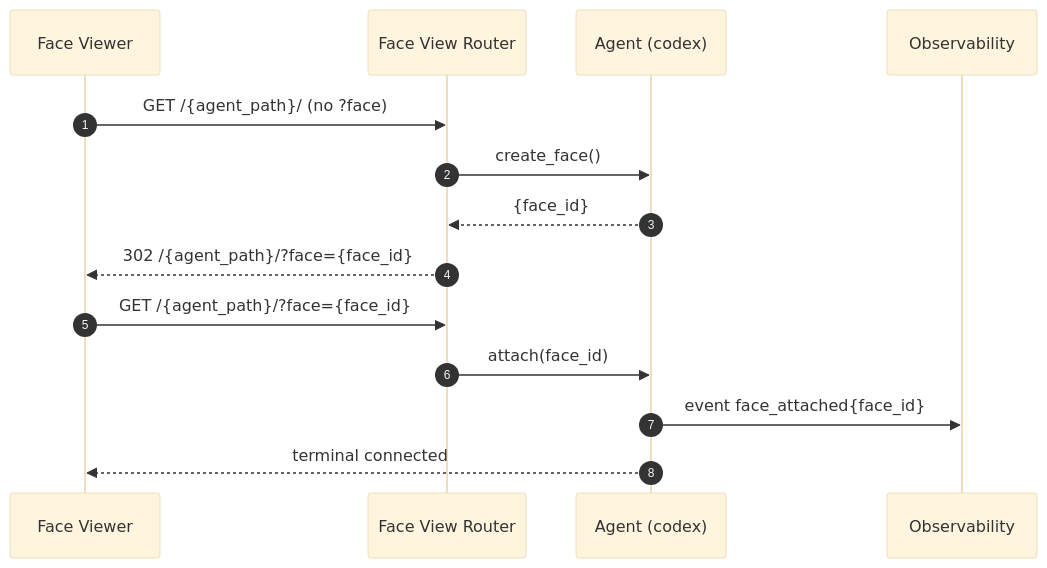
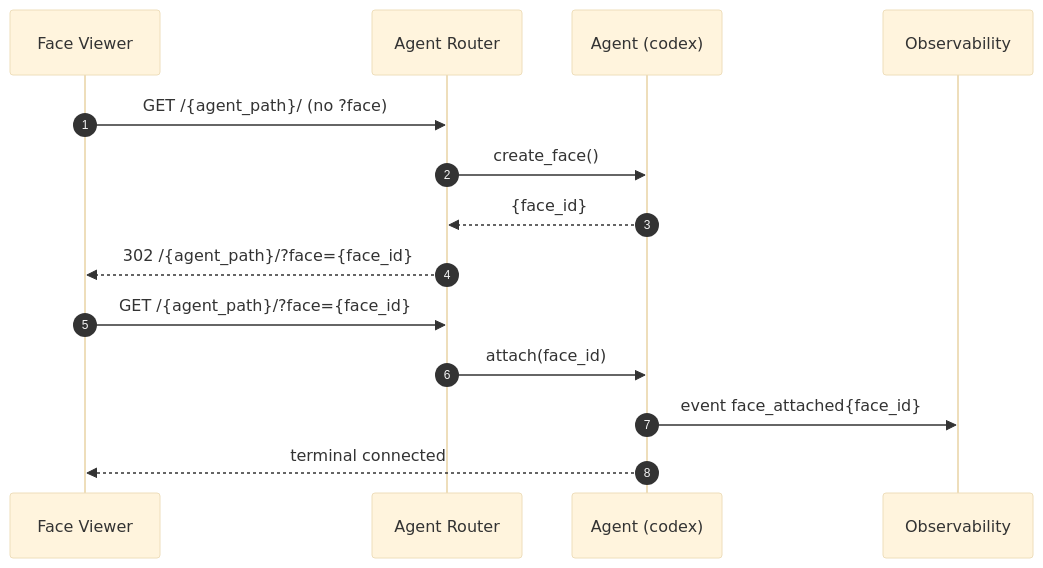
One commit to dreamcatcher-tech/artifact-codex changed the fourth of 4 diagrams in design/docs/RUNTIME.md. Above: the diagram before and after it, drawn with Mermaid (base theme). The commit also changed other lines of this file and 45 other files, not shown here.

````diff
--- a/design/docs/RUNTIME.md
+++ b/design/docs/RUNTIME.md
@@ -303,16 +303,16 @@
 ```mermaid
 sequenceDiagram
   autonumber
   participant U as Face Viewer
-  participant FVR as Face View Router
+  participant AR as Agent Router
   participant A as Agent (codex)
   participant O as Observability
-  U->>FVR: GET /{agent_path}/ (no ?face)
-  FVR->>A: create_face()
-  A-->>FVR: {face_id}
-  FVR-->>U: 302 /{agent_path}/?face={face_id}
-  U->>FVR: GET /{agent_path}/?face={face_id}
-  FVR->>A: attach(face_id)
+  U->>AR: GET /{agent_path}/ (no ?face)
+  AR->>A: create_face()
+  A-->>AR: {face_id}
+  AR-->>U: 302 /{agent_path}/?face={face_id}
+  U->>AR: GET /{agent_path}/?face={face_id}
+  AR->>A: attach(face_id)
   A->>O: event face_attached{face_id}
   A-->>U: terminal connected
 ```
````
